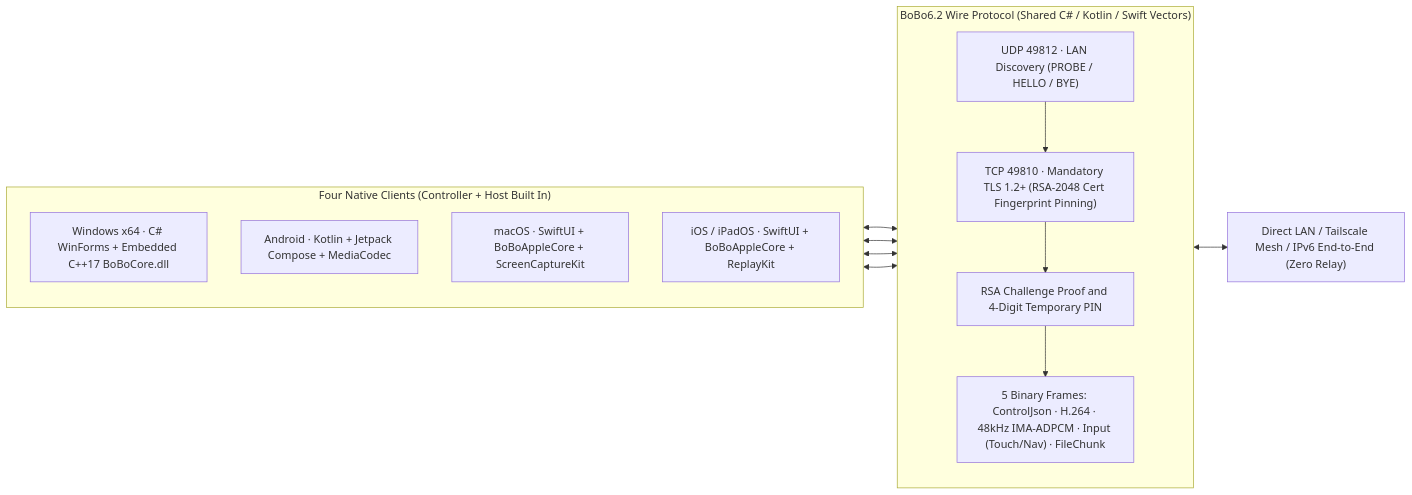
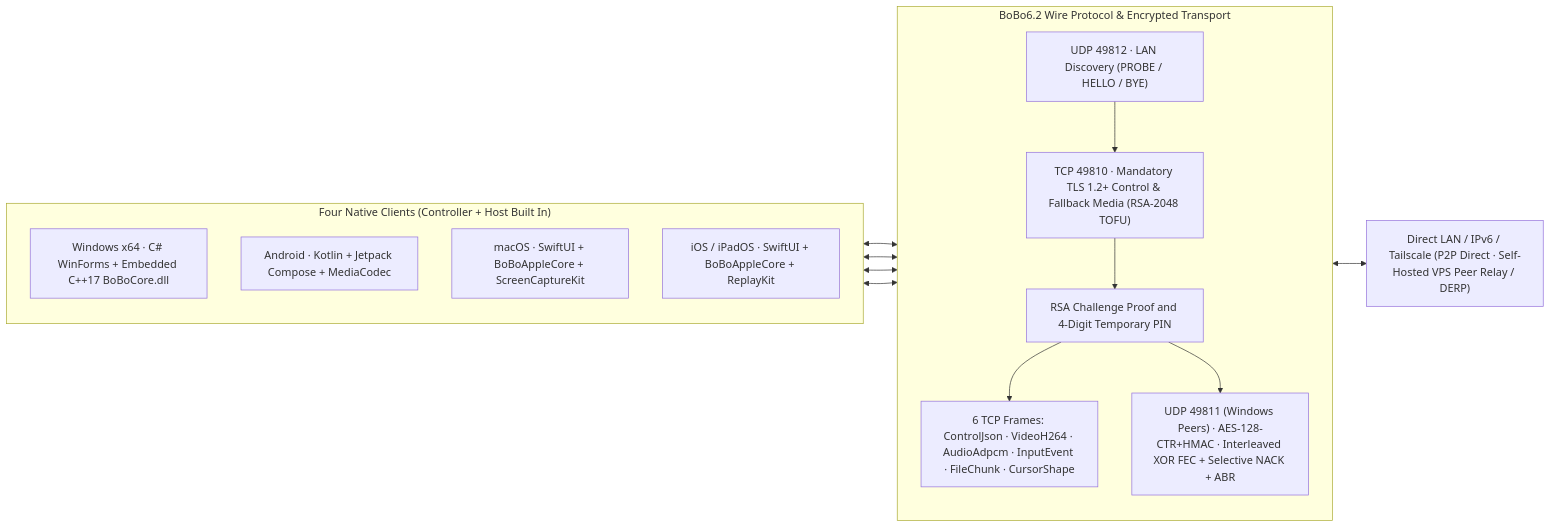
Before and after one commit to Gluxggg/BoBo-Remote: the first of 2 diagrams in README.en.md, drawn with Mermaid. The commit also changed other lines of this file and 1 other file, not shown here.

Commit message:
docs: update READMEs with v7.0.4 transport details and BYO-VPS network architecture

````diff
--- a/README.en.md
+++ b/README.en.md
@@ -62,27 +64,29 @@
 ```mermaid
 flowchart LR
   subgraph CLIENTS["Four Native Clients (Controller + Host Built In)"]
     direction TB
     WIN["Windows x64 · C# WinForms + Embedded C++17 BoBoCore.dll"]
     AND["Android · Kotlin + Jetpack Compose + MediaCodec"]
     MAC["macOS · SwiftUI + BoBoAppleCore + ScreenCaptureKit"]
     IOS["iOS / iPadOS · SwiftUI + BoBoAppleCore + ReplayKit"]
   end
 
-  subgraph PROTO["BoBo6.2 Wire Protocol (Shared C# / Kotlin / Swift Vectors)"]
+  subgraph PROTO["BoBo6.2 Wire Protocol &amp; Encrypted Transport"]
     direction TB
     DISC["UDP 49812 · LAN Discovery (PROBE / HELLO / BYE)"]
-    TLS["TCP 49810 · Mandatory TLS 1.2+ (RSA-2048 Cert Fingerprint Pinning)"]
+    TLS["TCP 49810 · Mandatory TLS 1.2+ Control &amp; Fallback Media (RSA-2048 TOFU)"]
     AUTH["RSA Challenge Proof and 4-Digit Temporary PIN"]
-    FRAMES["5 Binary Frames: ControlJson · H.264 · 48kHz IMA-ADPCM · Input (Touch/Nav) · FileChunk"]
+    FRAMES["6 TCP Frames: ControlJson · VideoH264 · AudioAdpcm · InputEvent · FileChunk · CursorShape"]
+    UDP["UDP 49811 (Windows Peers) · AES-128-CTR+HMAC · Interleaved XOR FEC + Selective NACK + ABR"]
     DISC --> TLS --> AUTH --> FRAMES
+    AUTH --> UDP
   end
 
-  NET["Direct LAN / Tailscale Mesh / IPv6 End-to-End (Zero Relay)"]
+  NET["Direct LAN / IPv6 / Tailscale (P2P Direct · Self-Hosted VPS Peer Relay / DERP)"]
 
   WIN <--> PROTO
   AND <--> PROTO
   MAC <--> PROTO
   IOS <--> PROTO
   PROTO <--> NET
 ```
````
